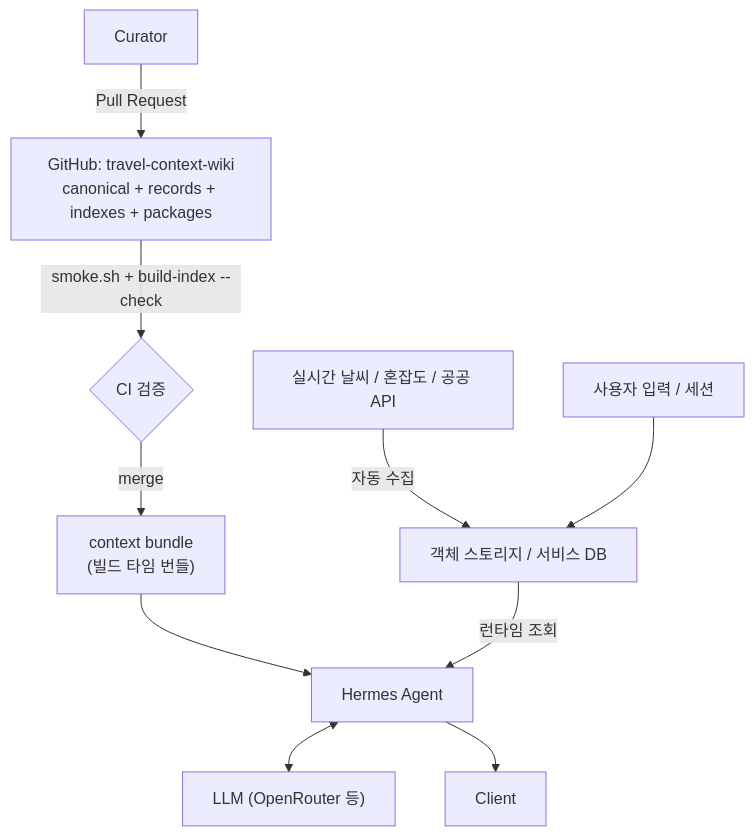
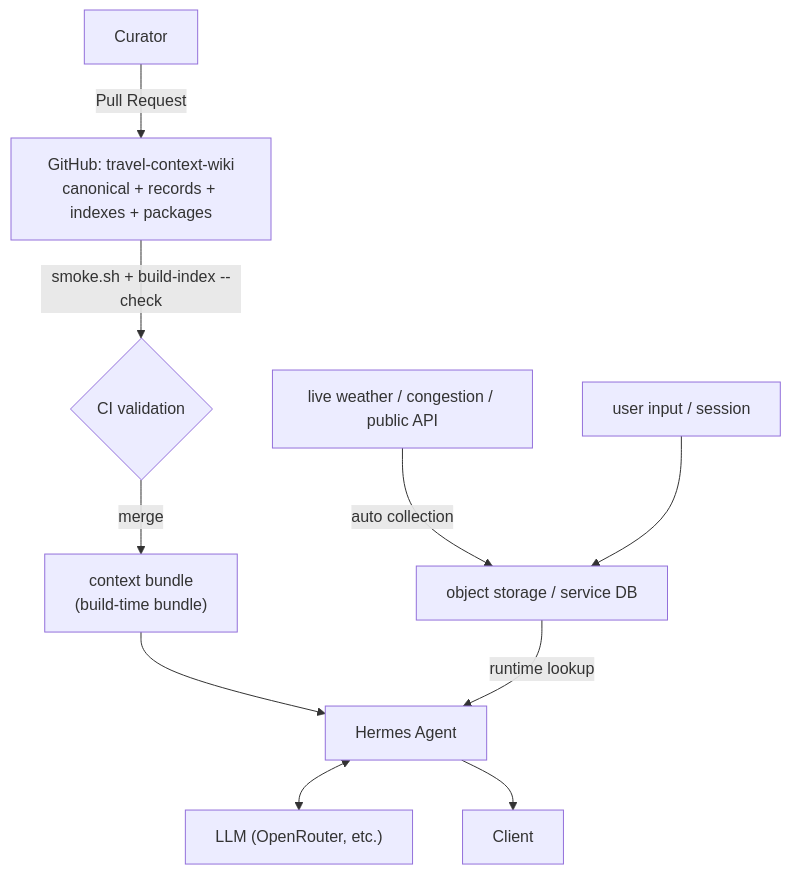
Before and after one commit to hyunolike/travel-context-wiki: the fourth of 6 diagrams in README.md, drawn with Mermaid. The commit also changed other lines of this file and 2 other files, not shown here.

Commit message:
docs: revamp README into multilingual open-source style (EN/KO/JA) (#12)

````diff
--- a/README.md
+++ b/README.md
@@ -162,15 +242,15 @@
 ```mermaid
 flowchart TD
     Curator["Curator"] -->|"Pull Request"| Wiki
-    Wiki["GitHub: travel-context-wiki\ncanonical + records + indexes + packages"]
-    Wiki -->|"smoke.sh + build-index --check"| Gate{"CI 검증"}
-    Gate -->|"merge"| Bundle["context bundle\n(빌드 타임 번들)"]
+    Wiki["GitHub: travel-context-wiki<br/>canonical + records + indexes + packages"]
+    Wiki -->|"smoke.sh + build-index --check"| Gate{"CI validation"}
+    Gate -->|"merge"| Bundle["context bundle<br/>(build-time bundle)"]
 
-    Sensors["실시간 날씨 / 혼잡도 / 공공 API"] -->|"자동 수집"| Store["객체 스토리지 / 서비스 DB"]
-    UserInput["사용자 입력 / 세션"] --> Store
+    Sensors["live weather / congestion / public API"] -->|"auto collection"| Store["object storage / service DB"]
+    UserInput["user input / session"] --> Store
 
     Bundle --> Agent["Hermes Agent"]
-    Store -->|"런타임 조회"| Agent
-    Agent <--> LLM["LLM (OpenRouter 등)"]
+    Store -->|"runtime lookup"| Agent
+    Agent <--> LLM["LLM (OpenRouter, etc.)"]
     Agent --> Client["Client"]
 ```
````
